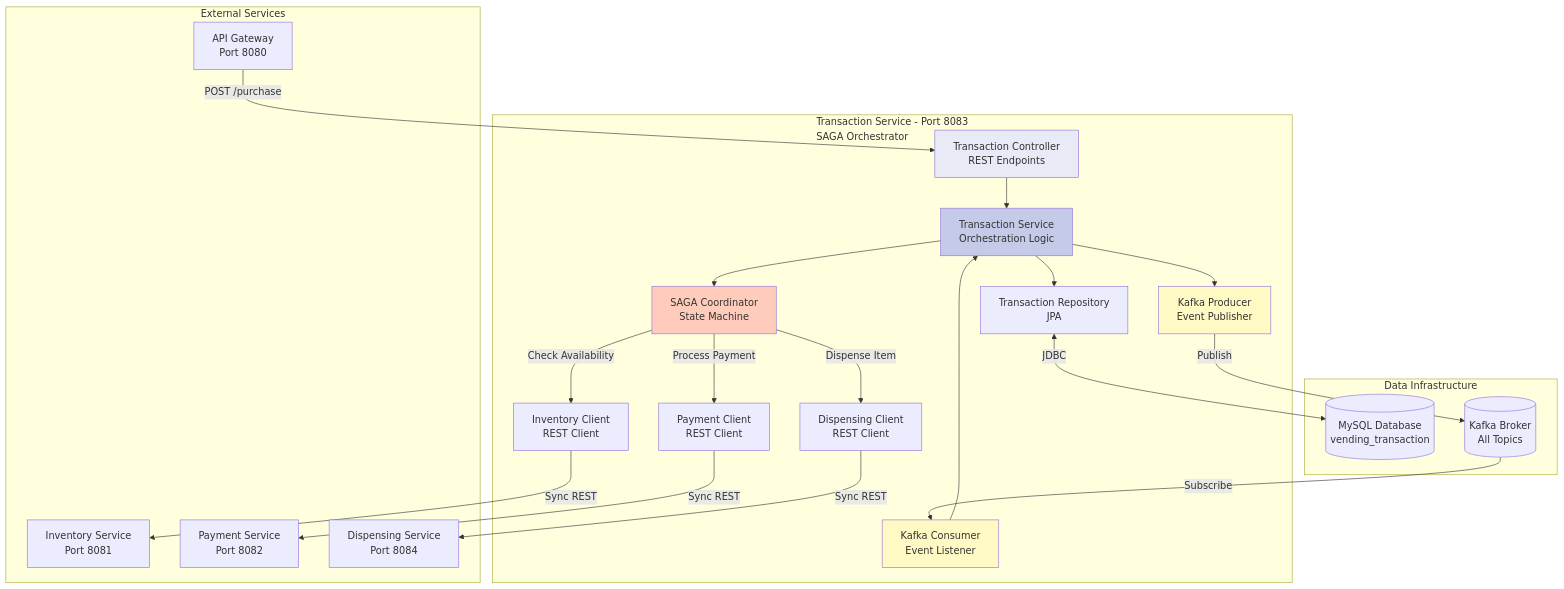
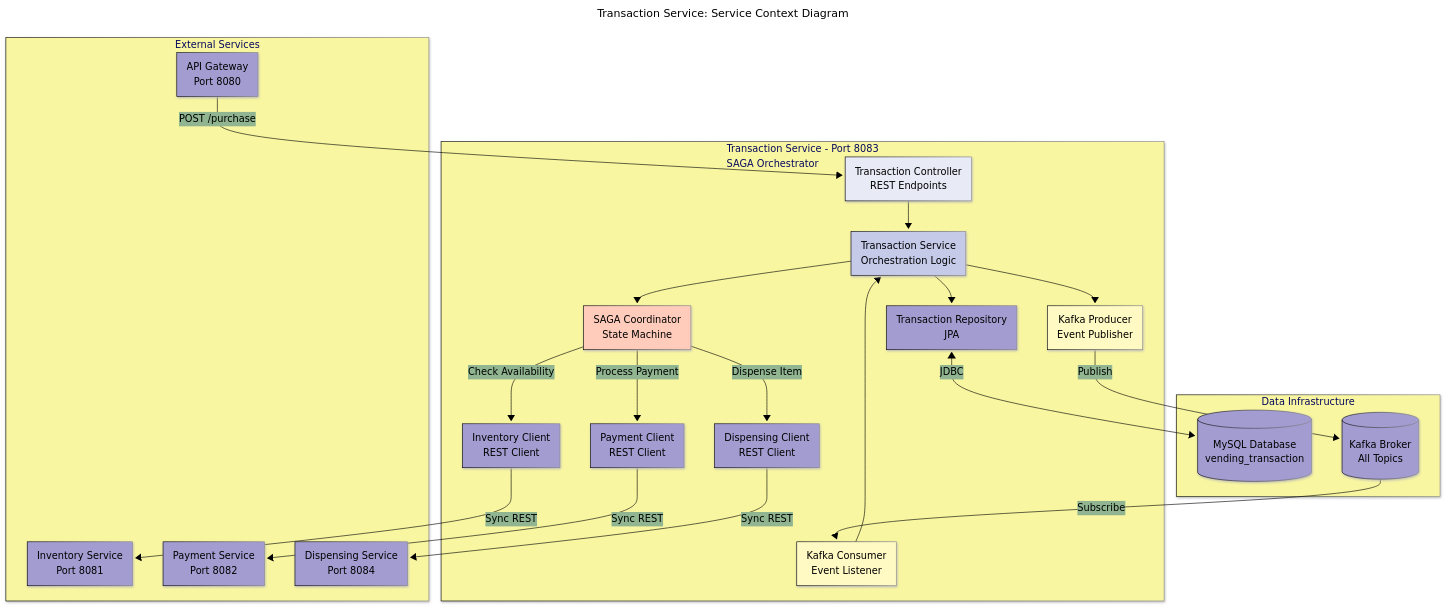
Before and after one commit to BrunoGil-AS/Vending-Machine-Microservices: the first of 8 diagrams in Documentation/diagrams/transaction-service.md, drawn with Mermaid. The commit also changed other lines of this file and 7 other files, not shown here.

Commit message:
docs: Update service diagrams with new configurations and titles

````diff
--- a/Documentation/diagrams/transaction-service.md
+++ b/Documentation/diagrams/transaction-service.md
@@ -18,54 +18,68 @@
 ```mermaid
+---
+config:
+  theme: base
+  themeVariables:
+    primaryColor: '#a39cd1ff'
+    primaryTextColor: '#000000'
+    secondaryTextColor: '#ffffffff'
+    primaryBorderColor: '#000000'
+    lineColor: '#000000ff'
+    secondaryColor: '#90b590ff'
+    tertiaryColor: '#f9f6a1ff'
+  look: neo
+title: 'Transaction Service: Service Context Diagram'
+---
 graph TB
     subgraph "External Services"
         GATEWAY[API Gateway<br/>Port 8080]
         INVENTORY[Inventory Service<br/>Port 8081]
         PAYMENT[Payment Service<br/>Port 8082]
         DISPENSING[Dispensing Service<br/>Port 8084]
     end
 
     subgraph "Transaction Service - Port 8083<br/>SAGA Orchestrator"
         CONTROLLER[Transaction Controller<br/>REST Endpoints]
         SERVICE[Transaction Service<br/>Orchestration Logic]
         SAGA[SAGA Coordinator<br/>State Machine]
         REPO[Transaction Repository<br/>JPA]
         KAFKA_PRODUCER[Kafka Producer<br/>Event Publisher]
         KAFKA_CONSUMER[Kafka Consumer<br/>Event Listener]
         INVENTORY_CLIENT[Inventory Client<br/>REST Client]
         PAYMENT_CLIENT[Payment Client<br/>REST Client]
         DISPENSING_CLIENT[Dispensing Client<br/>REST Client]
     end
 
     subgraph "Data Infrastructure"
         DB[(MySQL Database<br/>vending_transaction)]
         KAFKA[(Kafka Broker<br/>All Topics)]
     end
 
     GATEWAY -->|POST /purchase| CONTROLLER
     CONTROLLER --> SERVICE
 
     SERVICE --> SAGA
     SERVICE --> REPO
     SERVICE --> KAFKA_PRODUCER
 
     SAGA -->|Check Availability| INVENTORY_CLIENT
     INVENTORY_CLIENT -->|Sync REST| INVENTORY
 
     SAGA -->|Process Payment| PAYMENT_CLIENT
     PAYMENT_CLIENT -->|Sync REST| PAYMENT
 
     SAGA -->|Dispense Item| DISPENSING_CLIENT
     DISPENSING_CLIENT -->|Sync REST| DISPENSING
 
     KAFKA_CONSUMER --> SERVICE
 
     REPO <-->|JDBC| DB
     KAFKA_PRODUCER -->|Publish| KAFKA
     KAFKA -->|Subscribe| KAFKA_CONSUMER
 
     style CONTROLLER fill:#e8eaf6
     style SERVICE fill:#c5cae9
     style SAGA fill:#ffccbc
     style KAFKA_PRODUCER fill:#fff9c4
     style KAFKA_CONSUMER fill:#fff9c4
 ```
````
